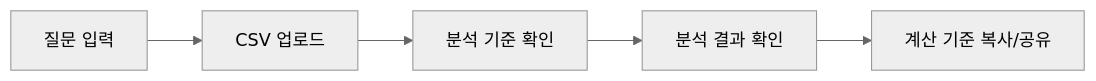
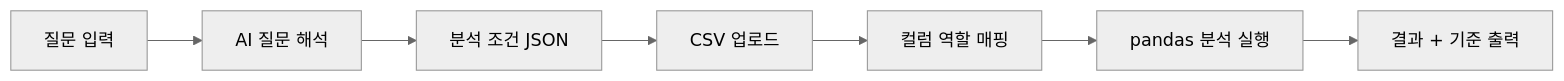
Before and after one commit to 26-ewha-capstone-logue/logue: the third of 5 diagrams in docs/elevator_speech.md, drawn with Mermaid (neutral theme). The commit also changed other lines of this file, not shown here.

````diff
--- a/docs/elevator_speech.md
+++ b/docs/elevator_speech.md
@@ -119,7 +113,9 @@
 ```mermaid
 flowchart LR
-    A[질문 입력] --> B[CSV 업로드]
-    B --> C[분석 기준 확인]
-    C --> D[분석 결과 확인]
-    D --> E[계산 기준 복사/공유]
+    A[질문 입력] --> B[AI 질문 해석]
+    B --> C[분석 조건 JSON]
+    C --> D[CSV 업로드]
+    D --> E[컬럼 역할 매핑]
+    E --> F[pandas 분석 실행]
+    F --> G[결과 + 기준 출력]
 ```
````
